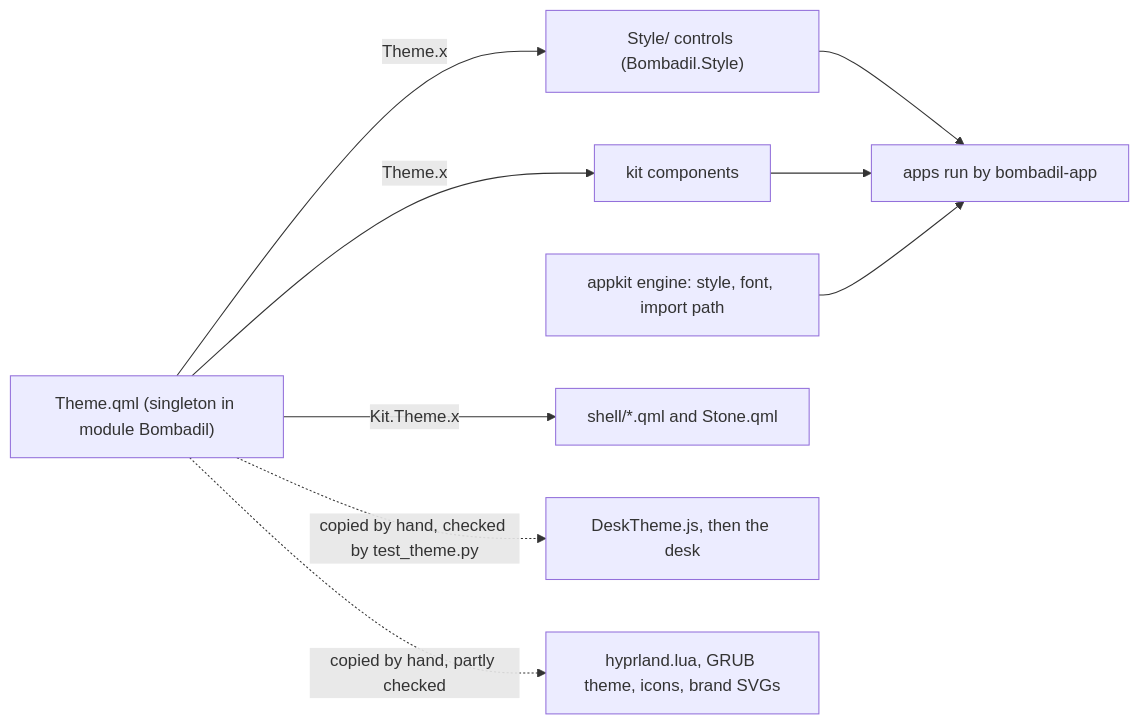
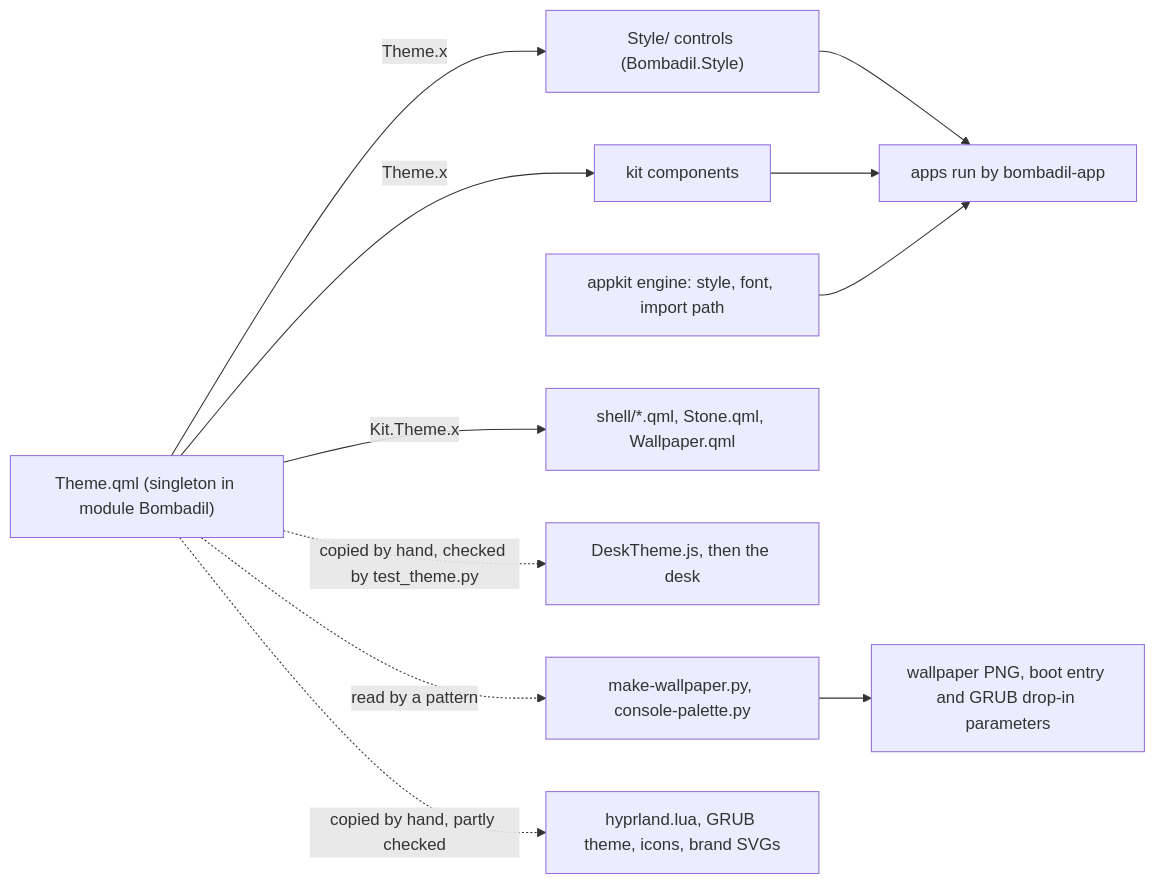
The first of 2 diagrams in docs/design-system/README.md (thedefaultman/Bombadil), drawn with Mermaid before and after one commit. The commit also changed other lines of this file and 26 other files, not shown here.

First line of the commit message:
docs: work in progress on architecture pages, decision log, reference, security model, UX flows, forking guide

````diff
--- a/docs/design-system/README.md
+++ b/docs/design-system/README.md
@@ -21,19 +21,23 @@
 ```mermaid
 flowchart LR
     Theme["Theme.qml (singleton in module Bombadil)"]
     Style["Style/ controls (Bombadil.Style)"]
     Kit["kit components"]
     Engine["appkit engine: style, font, import path"]
     Apps["apps run by bombadil-app"]
-    Shell["shell/*.qml and Stone.qml"]
+    Shell["shell/*.qml, Stone.qml, Wallpaper.qml"]
     Desk["DeskTheme.js, then the desk"]
+    Gen["make-wallpaper.py, console-palette.py"]
+    Out["wallpaper PNG, boot entry and GRUB drop-in parameters"]
     Copies["hyprland.lua, GRUB theme, icons, brand SVGs"]
     Theme -->|"Theme.x"| Style
     Theme -->|"Theme.x"| Kit
     Style --> Apps
     Kit --> Apps
     Engine --> Apps
     Theme -->|"Kit.Theme.x"| Shell
     Theme -.->|"copied by hand, checked by test_theme.py"| Desk
+    Theme -.->|"read by a pattern"| Gen
+    Gen --> Out
     Theme -.->|"copied by hand, partly checked"| Copies
 ```
````
